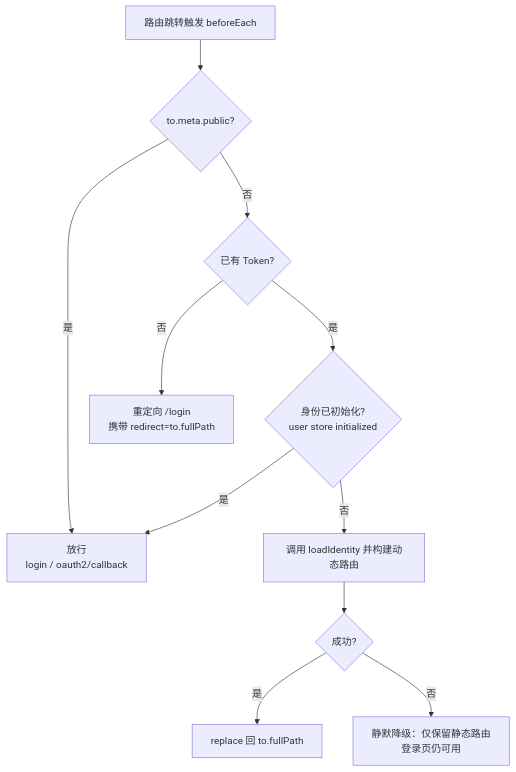
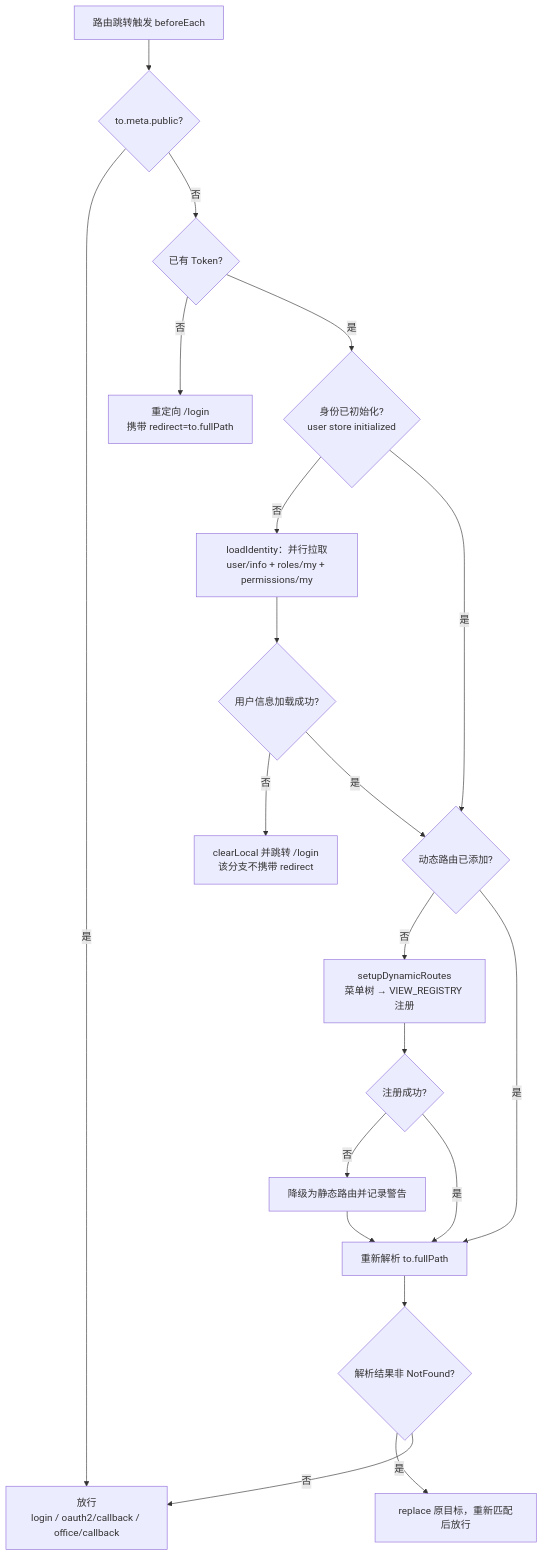
Before and after one commit to apex-cloud-service/apex-admin-web: the second of 6 diagrams in docs/architecture/auth-and-routing.md, drawn with Mermaid. The commit also changed other lines of this file and 39 other files, not shown here.

````diff
--- a/docs/architecture/auth-and-routing.md
+++ b/docs/architecture/auth-and-routing.md
@@ -57,13 +57,22 @@
 ```mermaid
 flowchart TD
     A[路由跳转触发 beforeEach] --> B{to.meta.public?}
-    B -- 是 --> Z[放行<br/>login / oauth2/callback]
+    B -- 是 --> Z[放行<br/>login / oauth2/callback / office/callback]
     B -- 否 --> C{已有 Token?}
     C -- 否 --> D[重定向 /login<br/>携带 redirect=to.fullPath]
     C -- 是 --> E{身份已初始化?<br/>user store initialized}
-    E -- 是 --> Z
-    E -- 否 --> F[调用 loadIdentity 并构建动态路由]
-    F --> G{成功?}
-    G -- 是 --> H[replace 回 to.fullPath]
-    G -- 否 --> I[静默降级：仅保留静态路由<br/>登录页仍可用]
+    E -- 否 --> F[loadIdentity：并行拉取<br/>user/info + roles/my + permissions/my]
+    F --> G{用户信息加载成功?}
+    G -- 否 --> I[clearLocal 并跳转 /login<br/>该分支不携带 redirect]
+    G -- 是 --> J{动态路由已添加?}
+    E -- 是 --> J
+    J -- 否 --> K[setupDynamicRoutes<br/>菜单树 → VIEW_REGISTRY 注册]
+    K --> L{注册成功?}
+    L -- 否 --> M[降级为静态路由并记录警告]
+    L -- 是 --> N[重新解析 to.fullPath]
+    M --> N
+    J -- 是 --> N
+    N --> O{解析结果非 NotFound?}
+    O -- 是 --> P[replace 原目标，重新匹配后放行]
+    O -- 否 --> Z
 ```
````
